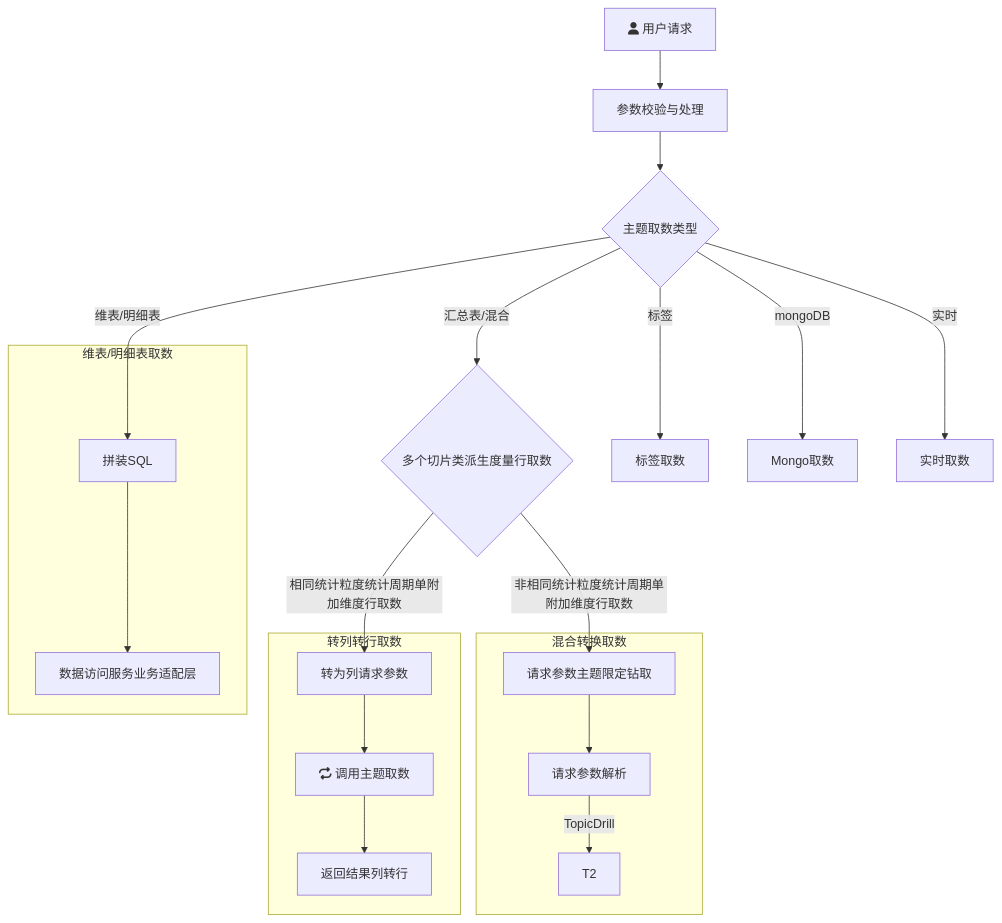
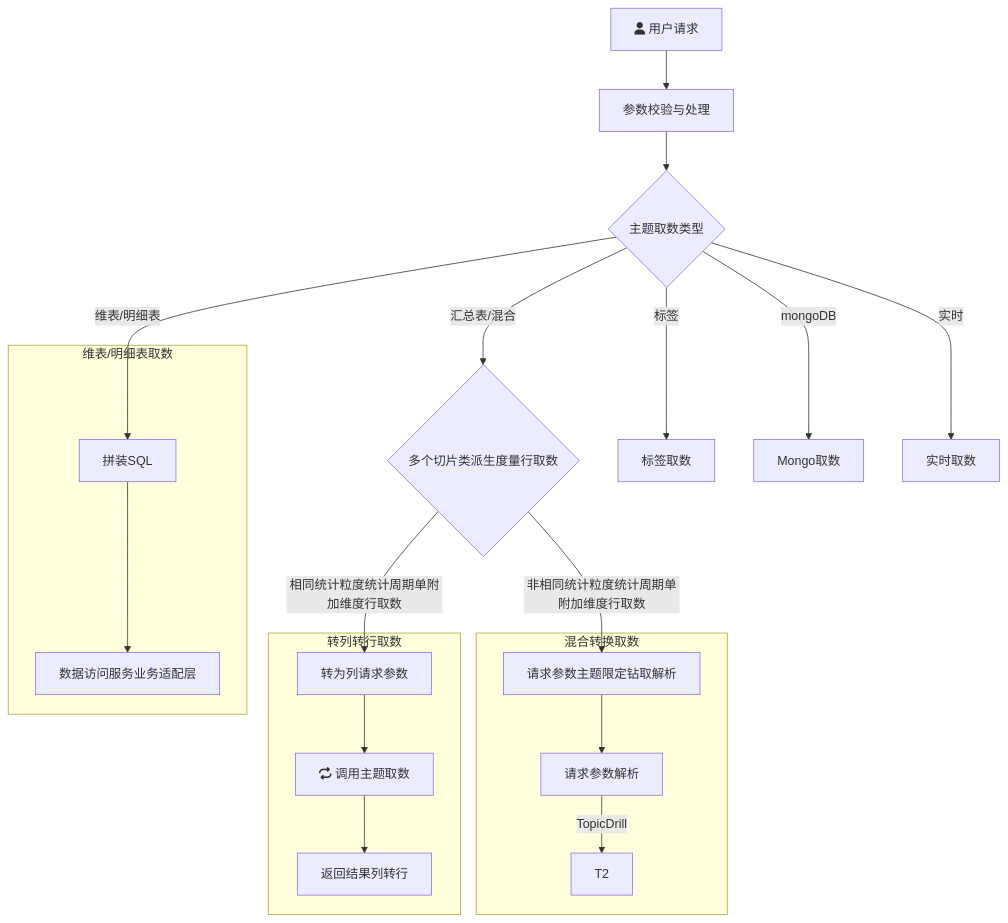
One commit to yanglosm/iodraw-files changed the diagram in all/未命名.md. Above: the diagram before and after it, drawn with Mermaid.

Commit message:
2024-11-29 18:40:49 update

````diff
--- a/all/未命名.md
+++ b/all/未命名.md
@@ -1,20 +1,20 @@
 ```mermaid
 flowchart TD
     A[fa:fa-user 用户请求] -->A1[参数校验与处理] --> B{主题取数类型}
     B -->|维表/明细表| D[拼装SQL]
     B -->|汇总表/混合| E{多个切片类派生度量行取数}
     B -->|标签| F[标签取数]
     B -->|mongoDB| G[Mongo取数]
     B -->|实时| H[实时取数]
     E -->|相同统计粒度统计周期单附加维度行取数| E1[转为列请求参数]
-    E -->|非相同统计粒度统计周期单附加维度行取数| T[请求参数主题限定钻取]
+    E -->|非相同统计粒度统计周期单附加维度行取数| T[请求参数主题限定钻取解析]
     subgraph 维表/明细表取数
     D-->D1[数据访问服务业务适配层]
     end
     subgraph 转列转行取数
     E1-->E11[fa:fa-repeat 调用主题取数]-->E12[返回结果列转行]
     end
     subgraph 混合转换取数
     T-->T1[请求参数解析]-->|TopicDrill| T2
     end
 ```
````
